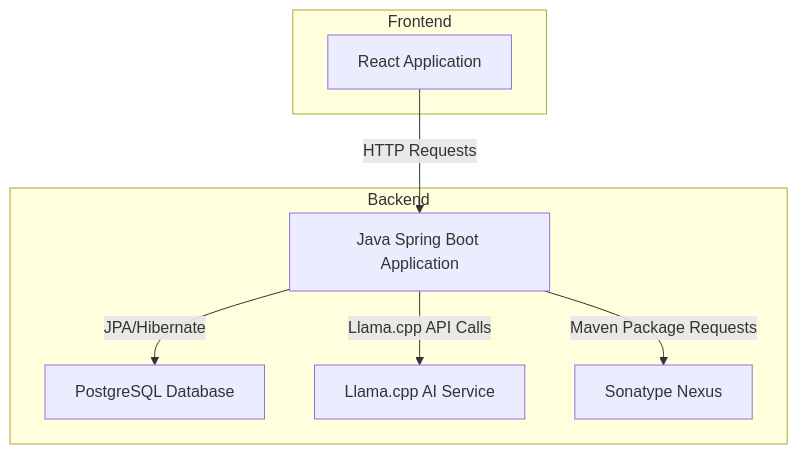
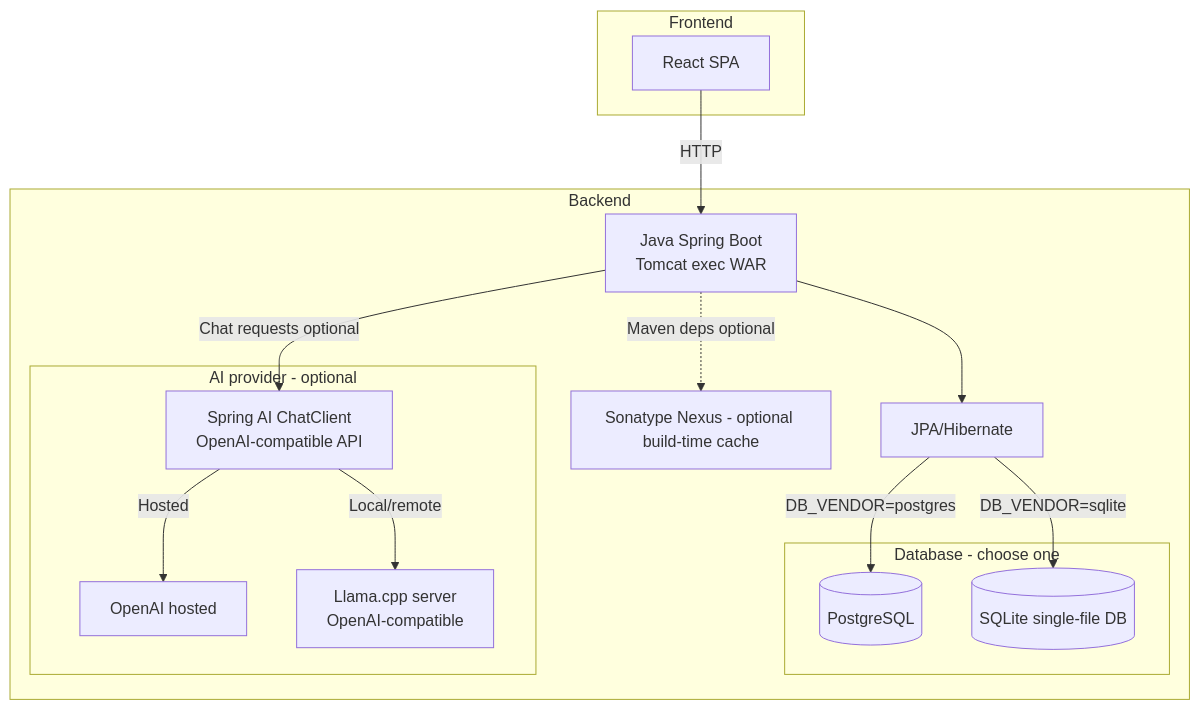
One commit to darkmusic/ai-forgot-these-cards changed the first of 2 diagrams in README.md. Above: the diagram before and after it, drawn with Mermaid. The commit also changed other lines of this file and 1 other file, not shown here.

Commit message:
feat: Add standalone run commands for SQLite and PostgreSQL in Makefile; update README with usage instructions and diagram changes

````diff
--- a/README.md
+++ b/README.md
@@ -74,18 +78,35 @@
 ```mermaid
 flowchart TD
-    subgraph Backend
-        A[Java Spring Boot Application]
-        B[PostgreSQL Database]
-        C[Llama.cpp AI Service]
-        E[Sonatype Nexus]
-    end
+   subgraph Frontend
+      SPA[React SPA]
+   end
 
-    subgraph Frontend
-        D[React Application]
-    end
+   subgraph Backend
+      APP["Java Spring Boot<br/>Tomcat exec WAR"]
+      JPA[JPA/Hibernate]
 
-    D -->|HTTP Requests| A
-    A -->|JPA/Hibernate| B
-    A -->|Llama.cpp API Calls| C
-    A -->|Maven Package Requests| E
+      subgraph DB["Database - choose one"]
+         PG[(PostgreSQL)]
+         SQLITE[(SQLite single-file DB)]
+      end
+
+      subgraph AI["AI provider - optional"]
+         CHAT["Spring AI ChatClient<br/>OpenAI-compatible API"]
+         OPENAI["OpenAI hosted"]
+         LLAMA["Llama.cpp server<br/>OpenAI-compatible"]
+      end
+
+      NEXUS["Sonatype Nexus - optional build-time cache"]
+   end
+
+   SPA -->|HTTP| APP
+   APP --> JPA
+   JPA -->|DB_VENDOR=postgres| PG
+   JPA -->|DB_VENDOR=sqlite| SQLITE
+
+   APP -->|Chat requests optional| CHAT
+   CHAT -->|Hosted| OPENAI
+   CHAT -->|Local/remote| LLAMA
+
+   APP -.->|Maven deps optional| NEXUS
 ```
````
